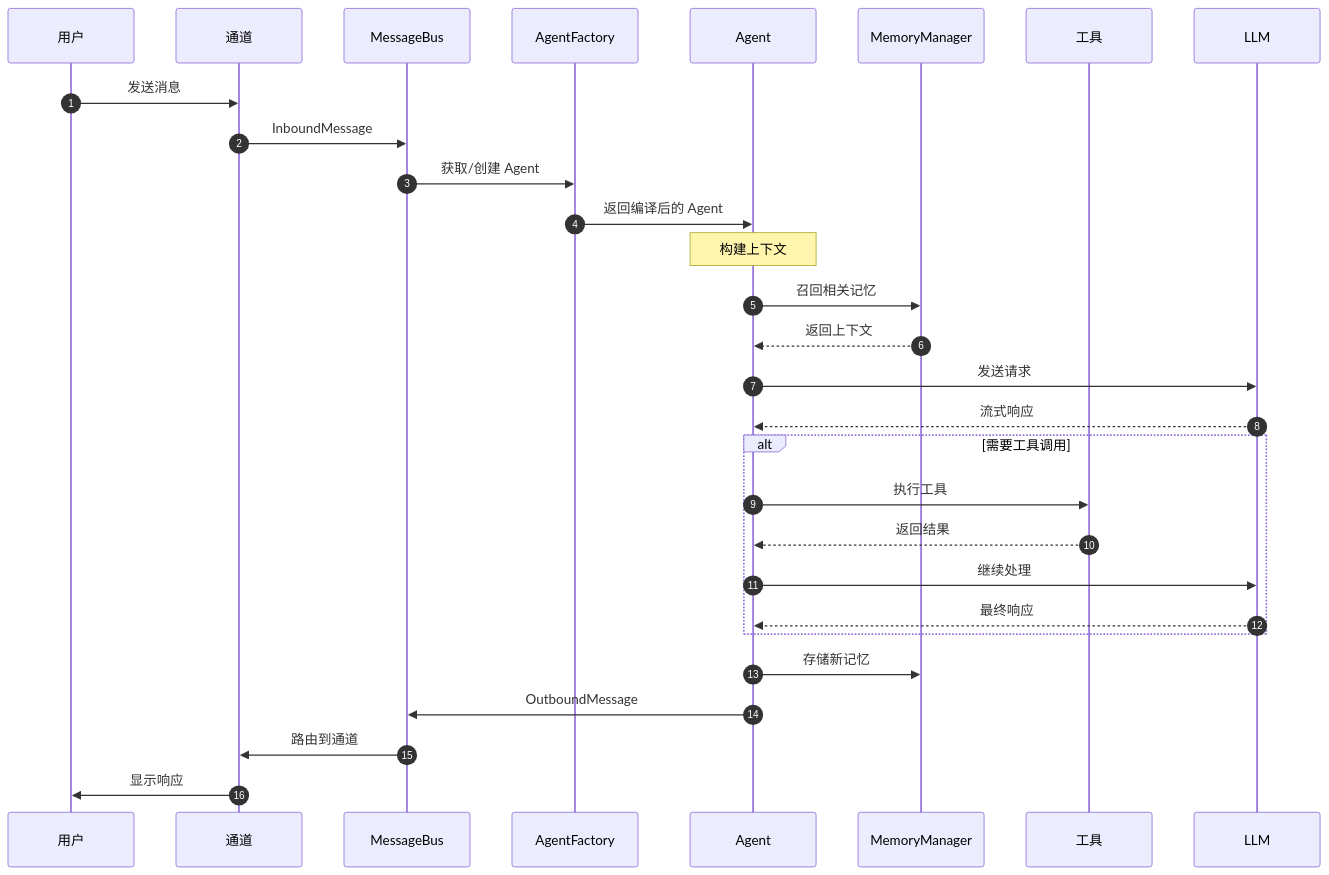
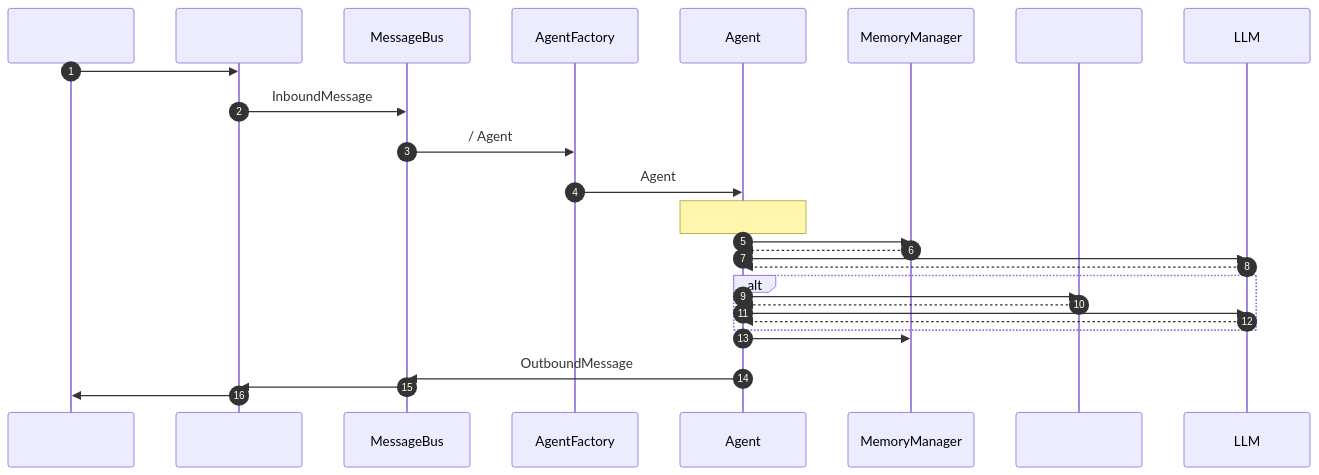
Before and after one commit to xt765/FinchBot: the third of 8 diagrams in README_CN.md, drawn with Mermaid. The commit also changed other lines of this file and 17 other files, not shown here.

````diff
--- a/README_CN.md
+++ b/README_CN.md
@@ -179,36 +179,36 @@
 ```mermaid
 sequenceDiagram
     autonumber
-    participant U as 用户
-    participant C as 通道
+    participant U as 
+    participant C as 
     participant B as MessageBus
     participant F as AgentFactory
     participant A as Agent
     participant M as MemoryManager
-    participant T as 工具
+    participant T as 
     participant L as LLM
 
-    U->>C: 发送消息
+    U->>C: 
     C->>B: InboundMessage
-    B->>F: 获取/创建 Agent
-    F->>A: 返回编译后的 Agent
+    B->>F: / Agent
+    F->>A:  Agent
     
-    Note over A: 构建上下文
-    A->>M: 召回相关记忆
-    M-->>A: 返回上下文
+    Note over A: 
+    A->>M: 
+    M-->>A: 
     
-    A->>L: 发送请求
-    L-->>A: 流式响应
+    A->>L: 
+    L-->>A: 
     
-    alt 需要工具调用
-        A->>T: 执行工具
-        T-->>A: 返回结果
-        A->>L: 继续处理
-        L-->>A: 最终响应
+    alt 
+        A->>T: 
+        T-->>A: 
+        A->>L: 
+        L-->>A: 
     end
     
-    A->>M: 存储新记忆
+    A->>M: 
     A->>B: OutboundMessage
-    B->>C: 路由到通道
-    C->>U: 显示响应
+    B->>C: 
+    C->>U: 
 ```
````
